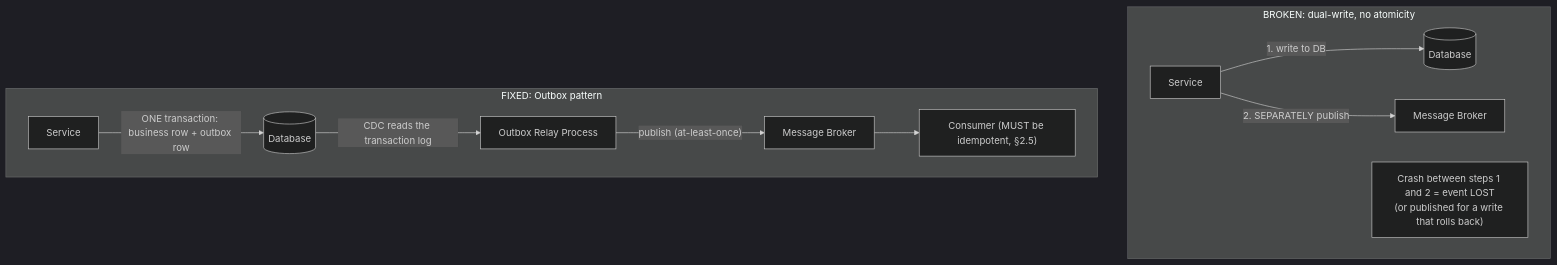
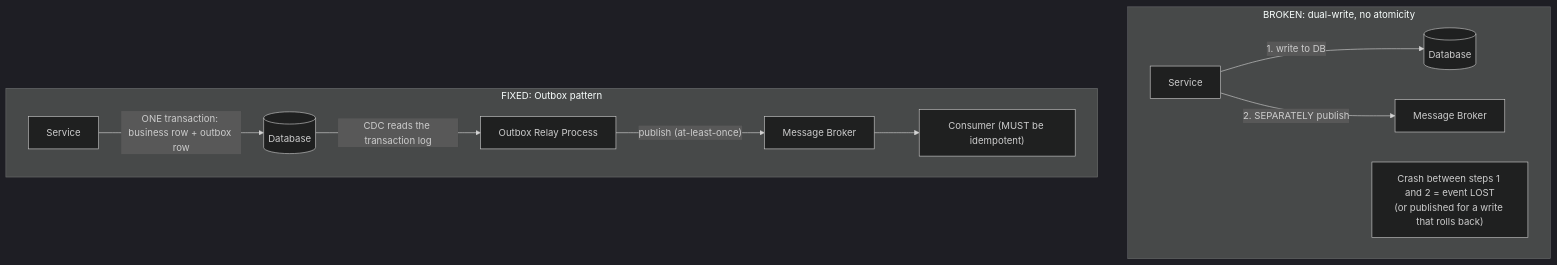
Before and after one commit to umashankarp/InterviewQuestions: the diagram in 16-Distributed-Systems/02-Failure-Detection-Idempotency-Outbox.md, drawn with Mermaid (dark theme). The commit also changed other lines of this file and 173 other files, not shown here.

````diff
--- a/16-Distributed-Systems/02-Failure-Detection-Idempotency-Outbox.md
+++ b/16-Distributed-Systems/02-Failure-Detection-Idempotency-Outbox.md
@@ -49,14 +49,14 @@
 ```mermaid
 graph TB
-    subgraph "BROKEN: dual-write, no atomicity"
-        Service1[Service] -->|"1. write to DB"| DB1[(Database)]
-        Service1 -->|"2. SEPARATELY publish"| Broker1[Message Broker]
-        Note1["Crash between steps 1 and 2 = event LOST<br/>(or published for a write that rolls back)"]
-    end
-    subgraph "FIXED: Outbox pattern"
-        Service2[Service] -->|"ONE transaction: business row + outbox row"| DB2[(Database)]
-        DB2 -->|"CDC reads the transaction log"| Relay[Outbox Relay Process]
-        Relay -->|"publish (at-least-once)"| Broker2[Message Broker]
-        Broker2 --> Consumer["Consumer (MUST be idempotent, §2.5)"]
-    end
+ subgraph "BROKEN: dual-write, no atomicity"
+ Service1[Service] -->|"1. write to DB"| DB1[(Database)]
+ Service1 -->|"2. SEPARATELY publish"| Broker1[Message Broker]
+ Note1["Crash between steps 1 and 2 = event LOST<br/>(or published for a write that rolls back)"]
+ end
+ subgraph "FIXED: Outbox pattern"
+ Service2[Service] -->|"ONE transaction: business row + outbox row"| DB2[(Database)]
+ DB2 -->|"CDC reads the transaction log"| Relay[Outbox Relay Process]
+ Relay -->|"publish (at-least-once)"| Broker2[Message Broker]
+ Broker2 --> Consumer["Consumer (MUST be idempotent)"]
+ end
 ```
````
